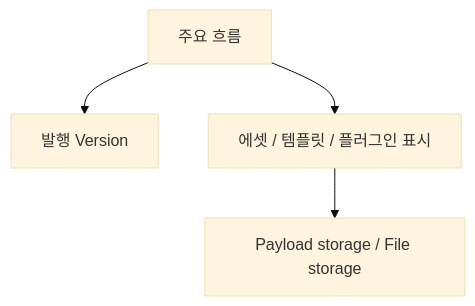
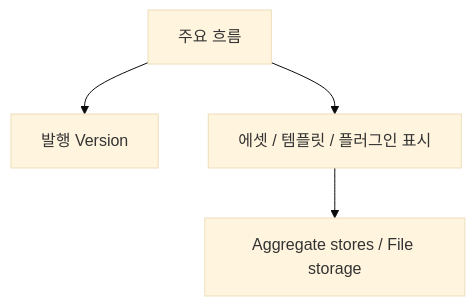
One commit to ewoooo/living-brand-system changed the second of 6 diagrams in docs/05-system-architecture.md. Above: the diagram before and after it, drawn with Mermaid (base theme). The commit also changed other lines of this file and 2 other files, not shown here.

Commit message:
docs: update quality session architecture

````diff
--- a/docs/05-system-architecture.md
+++ b/docs/05-system-architecture.md
@@ -133,11 +162,11 @@
 ```mermaid
 flowchart TB
   Flow["주요 흐름"]
   Version["발행 Version"]
   Resource["에셋 / 템플릿 / 플러그인 표시"]
-  Storage["Payload storage / File storage"]
+  Storage["Aggregate stores / File storage"]
 
   Flow --> Version
   Flow --> Resource
   Resource --> Storage
 ```
````
